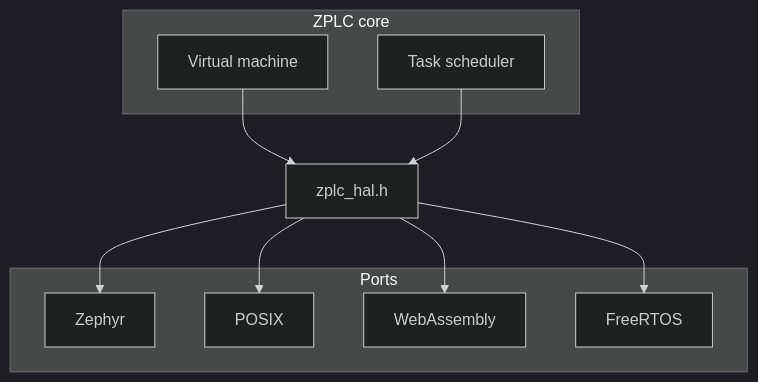
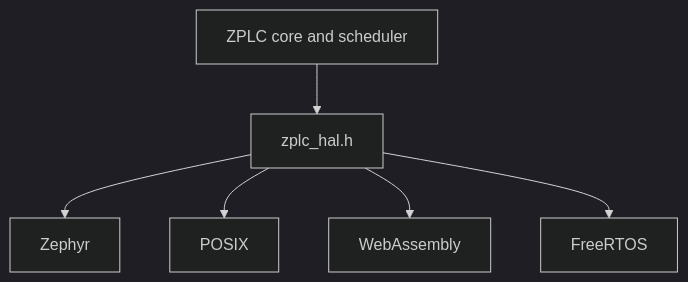
One commit to eduardojvieira/ZPLC changed the diagram in docs/docs/runtime/hal-contract.md. Above: the diagram before and after it, drawn with Mermaid (dark theme). The commit also changed other lines of this file and 11 other files, not shown here.

Commit message:
docs(runtime): rewrite the architecture, runtime overview, scheduler, memory model, persistence and HAL pages

````diff
--- a/docs/docs/runtime/hal-contract.md
+++ b/docs/docs/runtime/hal-contract.md
@@ -164,23 +17,8 @@
 ```mermaid
-graph TB
-    subgraph "ZPLC core"
-        VM[Virtual machine]
-        Scheduler[Task scheduler]
-    end
-
-    HAL[zplc_hal.h]
-
-    subgraph "Ports"
-        Zephyr[Zephyr]
-        POSIX[POSIX]
-        WASM[WebAssembly]
-        FreeRTOS[FreeRTOS]
-    end
-
-    VM --> HAL
-    Scheduler --> HAL
-    HAL --> Zephyr
-    HAL --> POSIX
-    HAL --> WASM
-    HAL --> FreeRTOS
+flowchart TD
+  Core[ZPLC core and scheduler] --> HAL[zplc_hal.h]
+  HAL --> Zephyr[Zephyr]
+  HAL --> POSIX[POSIX]
+  HAL --> WASM[WebAssembly]
+  HAL --> FreeRTOS[FreeRTOS]
 ```
````
